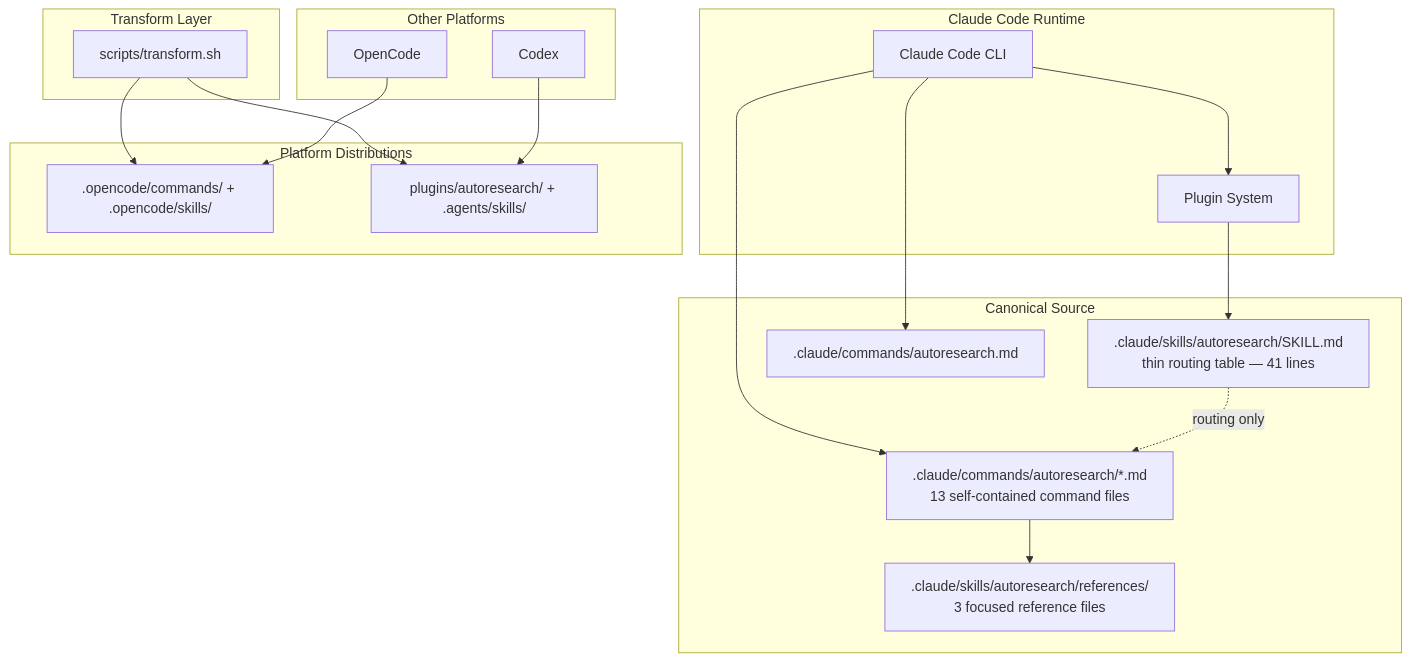
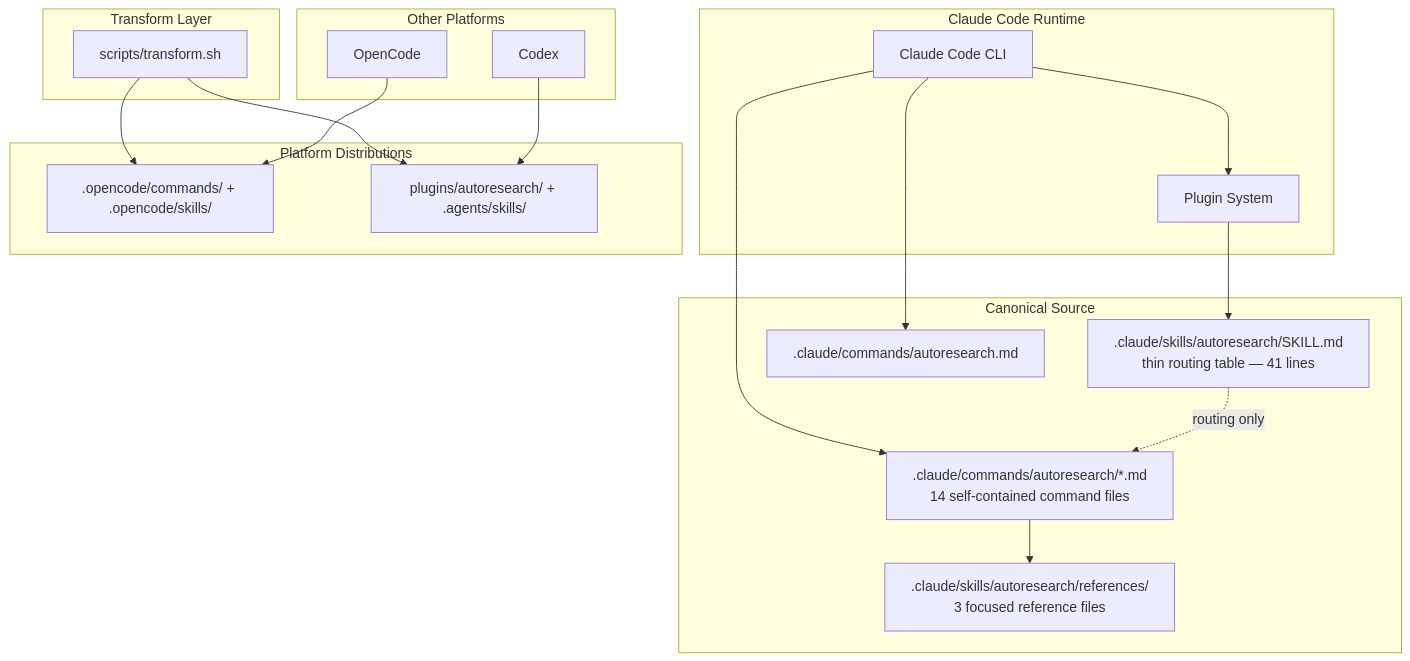
The first of 3 diagrams in docs/system-architecture.md (kist-aix/autoresearch), drawn with Mermaid before and after one commit. The commit also changed other lines of this file and 1 other file, not shown here.

````diff
--- a/docs/system-architecture.md
+++ b/docs/system-architecture.md
@@ -11,37 +13,37 @@
 ```mermaid
 graph TB
     subgraph "Claude Code Runtime"
         CC[Claude Code CLI]
         PS[Plugin System]
     end
 
     subgraph "Other Platforms"
         OC[OpenCode]
         CX[Codex]
     end
 
     subgraph "Transform Layer"
         TX[scripts/transform.sh]
     end
 
     subgraph "Canonical Source"
         SKILL[.claude/skills/autoresearch/SKILL.md\nthin routing table — 41 lines]
         CMD[.claude/commands/autoresearch.md]
-        CMDS[.claude/commands/autoresearch/*.md\n13 self-contained command files]
+        CMDS[.claude/commands/autoresearch/*.md\n14 self-contained command files]
         REF[.claude/skills/autoresearch/references/\n3 focused reference files]
     end
 
     subgraph "Platform Distributions"
         OCD[.opencode/commands/ + .opencode/skills/]
         CXD[plugins/autoresearch/ + .agents/skills/]
     end
 
     CC --> PS --> SKILL
     CC --> CMD & CMDS
     SKILL -.routing only.-> CMDS
     CMDS --> REF
     TX --> OCD
     TX --> CXD
     OC --> OCD
     CX --> CXD
 ```
````
